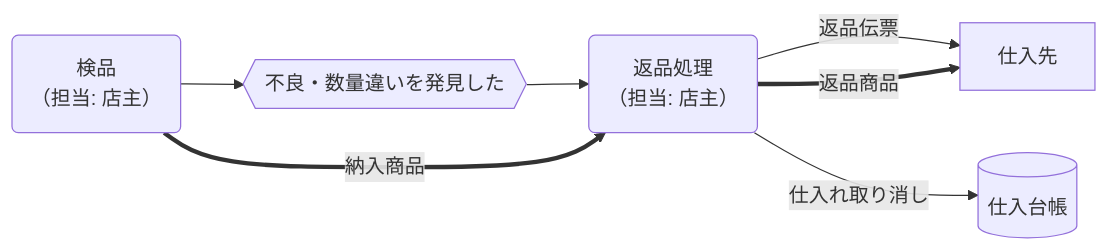
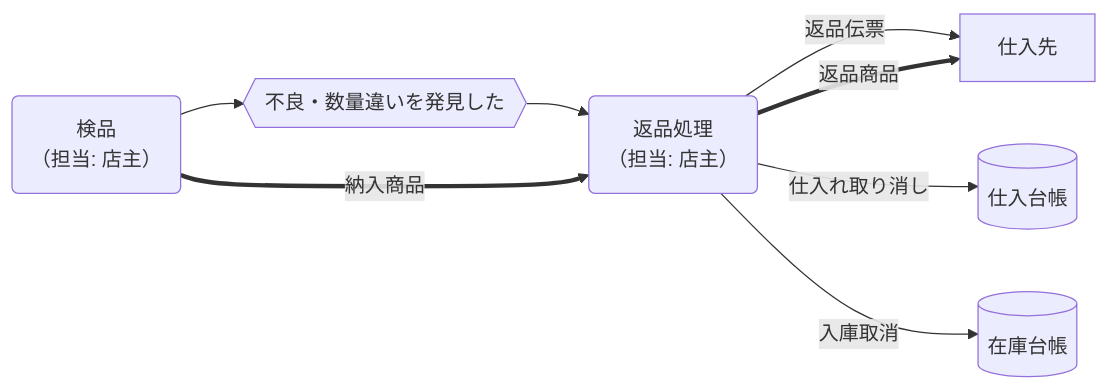
The fourth of 11 diagrams in docs/project/010-業務仕様/010-概念データフロー図/販売管理概念データフロー（現状）.md (naoji3x/grandma-candy-shop), drawn with Mermaid before and after one commit. The commit also changed other lines of this file, not shown here.

````diff
--- a/docs/project/010-業務仕様/010-概念データフロー図/販売管理概念データフロー（現状）.md
+++ b/docs/project/010-業務仕様/010-概念データフロー図/販売管理概念データフロー（現状）.md
@@ -218,27 +219,29 @@
 ```mermaid
 flowchart LR
 
   %% プロセス
   検品("検品<br>（担当: 店主）")
   返品処理("返品処理<br>（担当: 店主）")
 
   %% イベント
   不良発覚{{"不良・数量違いを発見した"}}
 
   %% 外部主体
   仕入先[仕入先]
 
   %% データストア
   仕入台帳[(仕入台帳)]
+  在庫台帳[(在庫台帳)]
 
   %% 検品 → 不良発覚
   検品 --> 不良発覚 --> 返品処理
   検品 ==>|納入商品| 返品処理
 
   %% 返品処理（仕入先へ返送）
   返品処理 -->|返品伝票| 仕入先
   返品処理 ==>|返品商品| 仕入先
 
   %% 在庫台帳の反映（仕入れ取消）
   返品処理 -->|仕入れ取り消し| 仕入台帳
+  返品処理 -->|入庫取消| 在庫台帳
 ```
````
